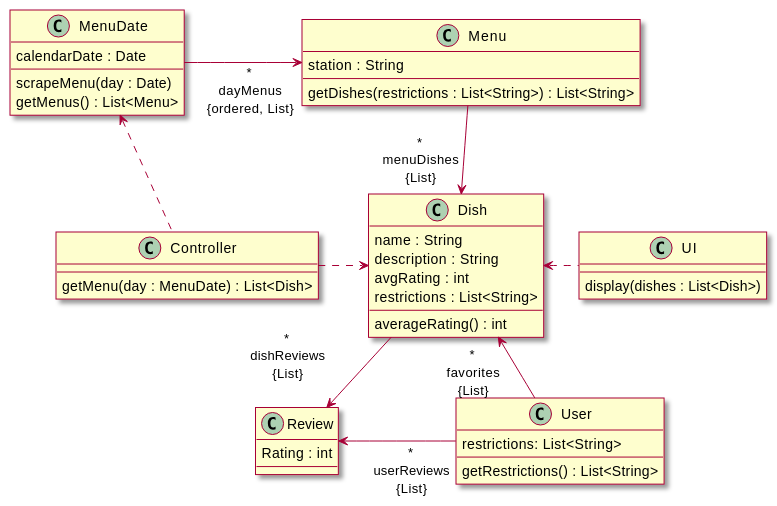
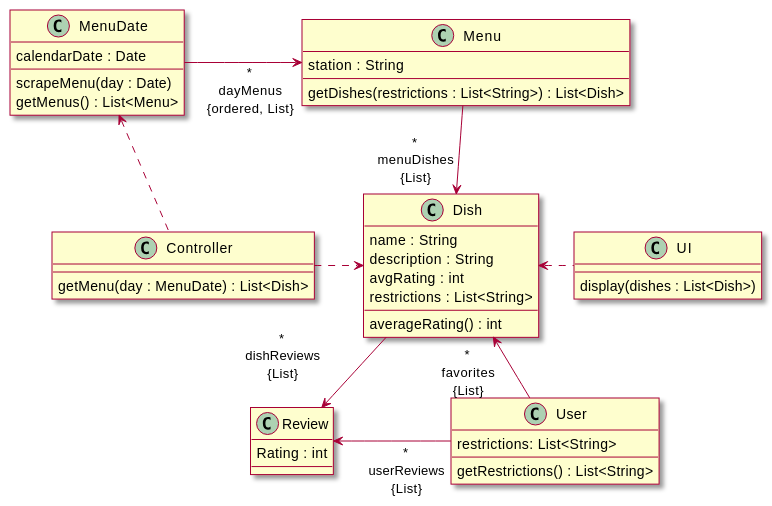
The first of 4 diagrams in intellij/doc/design.md (sashap100/Vassar-Dining-App), drawn with PlantUML before and after one commit. The commit also changed other lines of this file and 3 other files, not shown here.

Commit message:
Added Dish and Menu class files, began getDishes(), updated Controller class with getMenu(), corrected class and sequence diagrams.

````diff
--- a/intellij/doc/design.md
+++ b/intellij/doc/design.md
@@ -11,50 +11,50 @@
 ```plantuml
 @startuml
 
 skin rose
 
 ' classes
 class User{
     restrictions: List<String>
     --
     getRestrictions() : List<String>
 }
 class Review{
     Rating : int
 }
 class MenuDate{
     calendarDate : Date
     --
     scrapeMenu(day : Date)
     getMenus() : List<Menu>
 }
 class Menu{
     station : String
     --
-    getDishes(restrictions : List<String>) : List<String>
+    getDishes(restrictions : List<String>) : List<Dish>
 }
 class Dish{
     name : String
     description : String
     avgRating : int
     restrictions : List<String>
     --
     averageRating() : int
 }
 class Controller{
     getMenu(day : MenuDate) : List<Dish>
 }
 class UI{
     display(dishes : List<Dish>)
 }
 
 ' associations
 User --left-> "\t*\n \tuserReviews\n\t{List}" Review : \t\t\t
 User -> "*\nfavorites\n{List}" Dish
 Dish --> "\t*\n\tdishReviews\n\t{List}\n" Review
 MenuDate -right-> "*\ndayMenus\n{ordered, List}" Menu : \t\t\t
 Menu -down-> "*\nmenuDishes\n{List}" Dish : \t\t
 Controller .up.> MenuDate
 Controller .> Dish
 UI .left.> Dish
 ```
````
